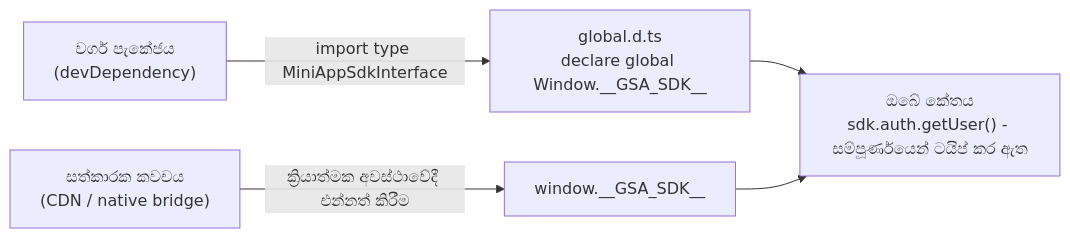
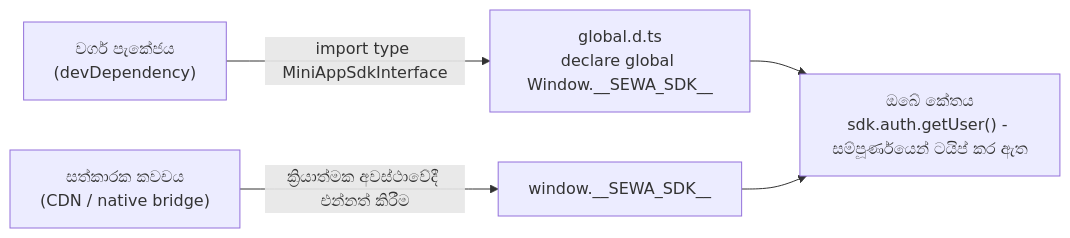
One commit to lizuzsusil/developer-portal changed the diagram in i18n/si/docusaurus-plugin-content-docs/current/getting-started.mdx. Above: the diagram before and after it, drawn with Mermaid. The commit also changed other lines of this file and 35 other files, not shown here.

````diff
--- a/i18n/si/docusaurus-plugin-content-docs/current/getting-started.mdx
+++ b/i18n/si/docusaurus-plugin-content-docs/current/getting-started.mdx
@@ -25,7 +25,7 @@
 ```mermaid
 flowchart LR
-    A["වර්ග පැකේජය<br/>(devDependency)"] -->|"import type MiniAppSdkInterface"| B["global.d.ts<br/>declare global Window.__GSA_SDK__"]
+    A["වර්ග පැකේජය<br/>(devDependency)"] -->|"import type MiniAppSdkInterface"| B["global.d.ts<br/>declare global Window.__SEWA_SDK__"]
     B --> C["ඔබේ කේතය<br/>sdk.auth.getUser() - සම්පූර්ණයෙන් ටයිප් කර ඇත"]
-    D["සත්කාරක කවචය<br/>(CDN / native bridge)"] -->|"ක්‍රියාත්මක අවස්ථාවේදී එන්නත් කිරීම"| E["window.__GSA_SDK__"]
+    D["සත්කාරක කවචය<br/>(CDN / native bridge)"] -->|"ක්‍රියාත්මක අවස්ථාවේදී එන්නත් කිරීම"| E["window.__SEWA_SDK__"]
     E --> C
 ```
````
